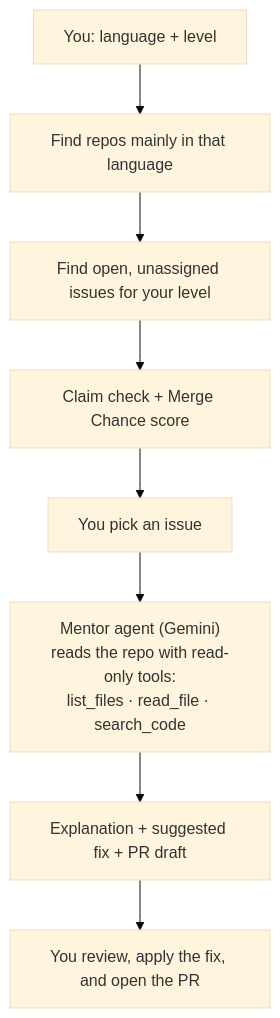
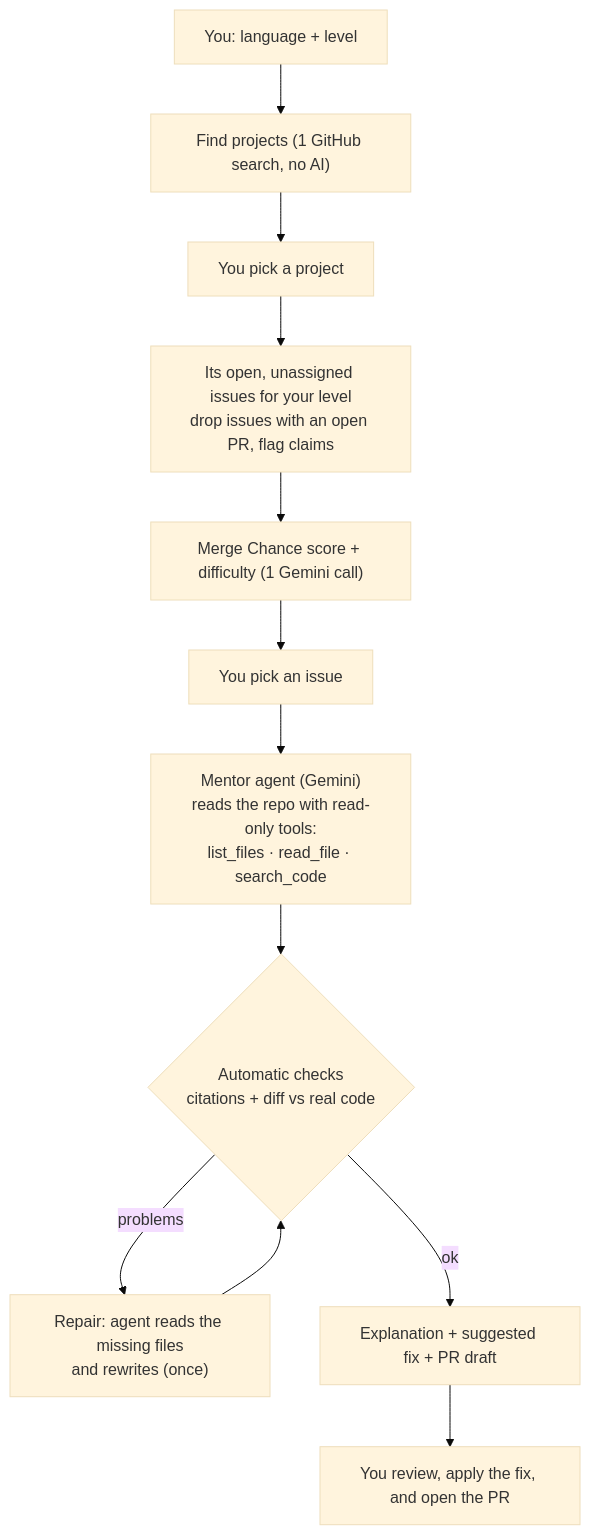
Before and after one commit to gdgcblr/open-source-agents: the diagram in agents/merge-mentor/README.md, drawn with Mermaid (base theme). The commit also changed other lines of this file and 4 other files, not shown here.

First line of the commit message:
docs(agents): merge-mentor screenshots, how it differs, 29 tests with offline end-to-end replay

````diff
--- a/agents/merge-mentor/README.md
+++ b/agents/merge-mentor/README.md
@@ -32,10 +55,14 @@
 ```mermaid
 flowchart TD
-    A["You: language + level"] --> B["Find repos mainly in that language"]
-    B --> C["Find open, unassigned issues for your level"]
-    C --> D["Claim check + Merge Chance score"]
-    D --> E["You pick an issue"]
-    E --> F["Mentor agent (Gemini)<br/>reads the repo with read-only tools:<br/>list_files · read_file · search_code"]
-    F --> G["Explanation + suggested fix + PR draft"]
-    G --> H["You review, apply the fix, and open the PR"]
+    A["You: language + level"] --> B["Find projects (1 GitHub search, no AI)"]
+    B --> C["You pick a project"]
+    C --> D["Its open, unassigned issues for your level<br/>drop issues with an open PR, flag claims"]
+    D --> E["Merge Chance score + difficulty (1 Gemini call)"]
+    E --> F["You pick an issue"]
+    F --> G["Mentor agent (Gemini)<br/>reads the repo with read-only tools:<br/>list_files · read_file · search_code"]
+    G --> H{"Automatic checks<br/>citations + diff vs real code"}
+    H -- problems --> I["Repair: agent reads the missing files<br/>and rewrites (once)"]
+    I --> H
+    H -- ok --> J["Explanation + suggested fix + PR draft"]
+    J --> K["You review, apply the fix, and open the PR"]
 ```
````
